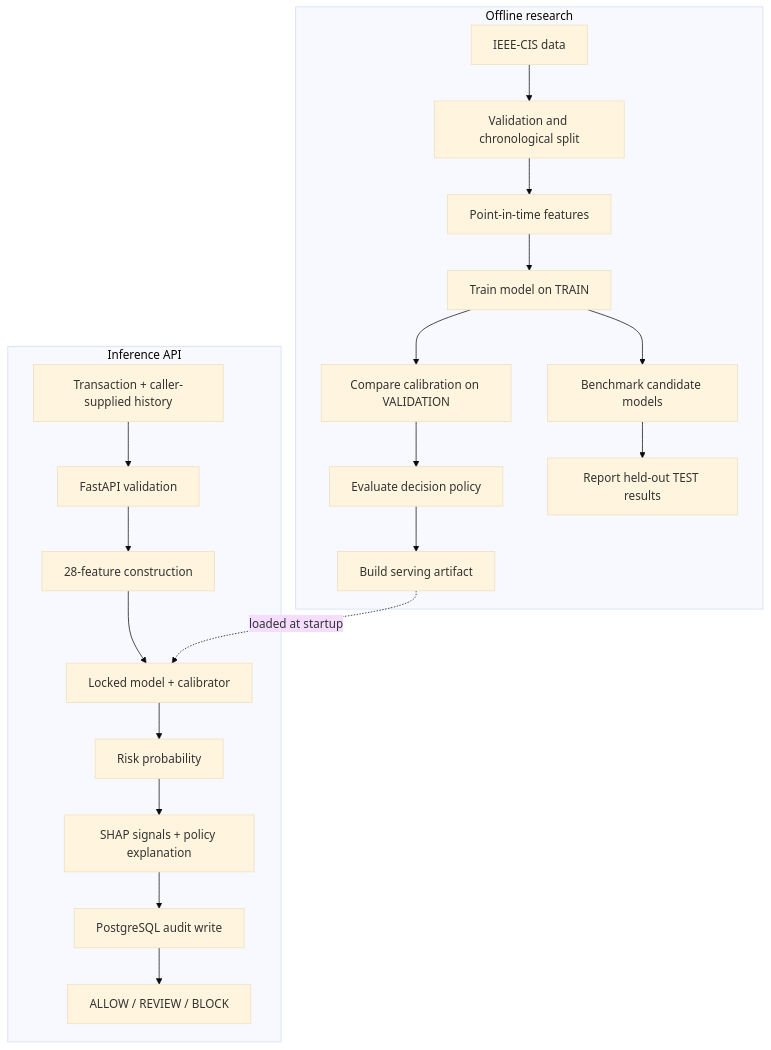
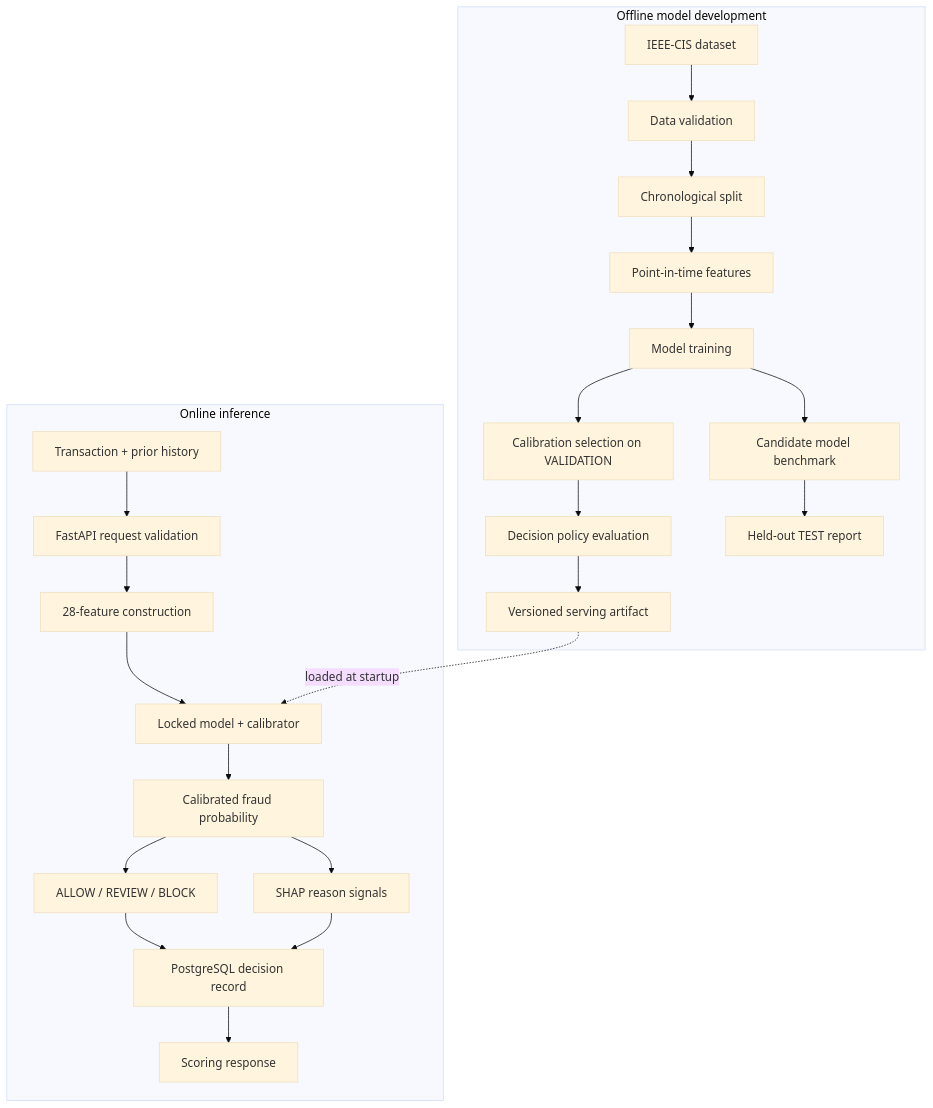
The first of 2 diagrams in README.md (Sujeet-Kona/RiskForge), drawn with Mermaid (base theme) before and after one commit. The commit also changed other lines of this file, not shown here.

Commit message:
Structure RiskForge README like a technical project guide

````diff
--- a/README.md
+++ b/README.md
@@ -26,23 +24,28 @@
 ```mermaid
 flowchart TB
-  subgraph Offline["Offline research"]
-    D["IEEE-CIS data"] --> S["Validation and chronological split"]
-    S --> F["Point-in-time features"]
-    F --> M["Train model on TRAIN"]
-    M --> C["Compare calibration on VALIDATION"]
-    C --> P["Evaluate decision policy"]
-    P --> A["Build serving artifact"]
-    M --> B["Benchmark candidate models"]
-    B --> T["Report held-out TEST results"]
+  subgraph OFFLINE["Offline model development"]
+    DATA["IEEE-CIS dataset"] --> VALID["Data validation"]
+    VALID --> SPLIT["Chronological split"]
+    SPLIT --> FEATURES["Point-in-time features"]
+    FEATURES --> TRAIN["Model training"]
+    TRAIN --> BENCH["Candidate model benchmark"]
+    TRAIN --> CAL["Calibration selection on VALIDATION"]
+    CAL --> POLICY["Decision policy evaluation"]
+    POLICY --> ARTIFACT["Versioned serving artifact"]
+    BENCH --> REPORT["Held-out TEST report"]
   end
-  subgraph Online["Inference API"]
-    Q["Transaction + caller-supplied history"] --> V["FastAPI validation"]
-    V --> X["28-feature construction"]
-    X --> I["Locked model + calibrator"]
-    I --> R["Risk probability"]
-    R --> E["SHAP signals + policy explanation"]
-    E --> DB["PostgreSQL audit write"]
-    DB --> O["ALLOW / REVIEW / BLOCK"]
+
+  subgraph SERVING["Online inference"]
+    REQUEST["Transaction + prior history"] --> API["FastAPI request validation"]
+    API --> BUILD["28-feature construction"]
+    BUILD --> MODEL["Locked model + calibrator"]
+    MODEL --> SCORE["Calibrated fraud probability"]
+    SCORE --> DECISION["ALLOW / REVIEW / BLOCK"]
+    SCORE --> EXPLAIN["SHAP reason signals"]
+    DECISION --> AUDIT["PostgreSQL decision record"]
+    EXPLAIN --> AUDIT
+    AUDIT --> RESPONSE["Scoring response"]
   end
-  A -. "loaded at startup" .-> I
+
+  ARTIFACT -. "loaded at startup" .-> MODEL
 ```
````
